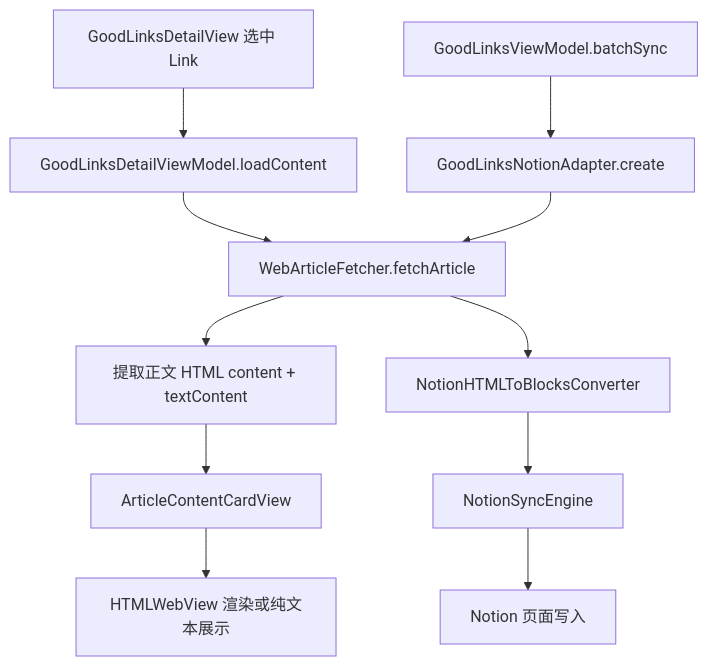
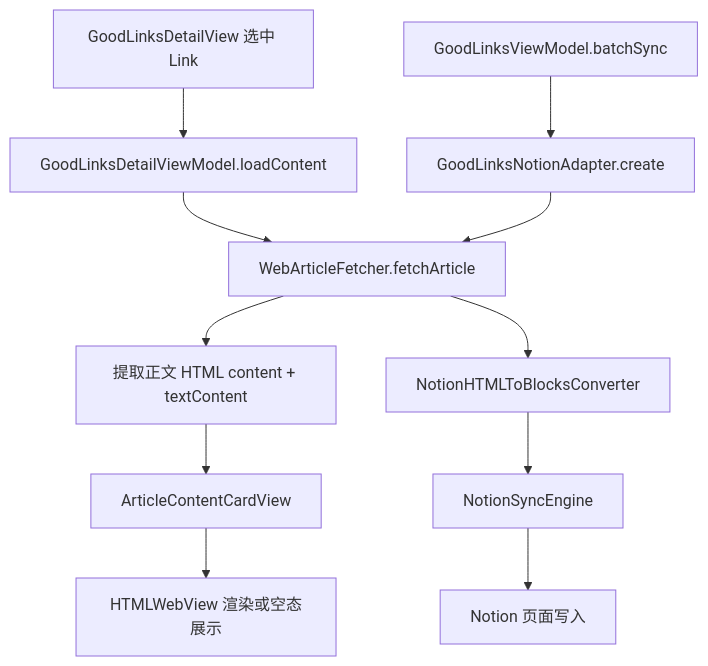
Before and after one commit to chiimagnus/SyncNos: the diagram in .github/docs/GoodLinks-Article-Notion-Flow-Report.md, drawn with Mermaid. The commit also changed other lines of this file and 4 other files, not shown here.

````diff
--- a/.github/docs/GoodLinks-Article-Notion-Flow-Report.md
+++ b/.github/docs/GoodLinks-Article-Notion-Flow-Report.md
@@ -142,14 +141,14 @@
 ```mermaid
 flowchart TD
     A[GoodLinksDetailView 选中 Link] --> B[GoodLinksDetailViewModel.loadContent]
     B --> C[WebArticleFetcher.fetchArticle]
     C --> D[提取正文 HTML content + textContent]
     D --> E[ArticleContentCardView]
-    E --> F[HTMLWebView 渲染或纯文本展示]
+    E --> F[HTMLWebView 渲染或空态展示]
 
     G[GoodLinksViewModel.batchSync] --> H[GoodLinksNotionAdapter.create]
     H --> C
     C --> I[NotionHTMLToBlocksConverter]
     I --> J[NotionSyncEngine]
     J --> K[Notion 页面写入]
 ```
````
